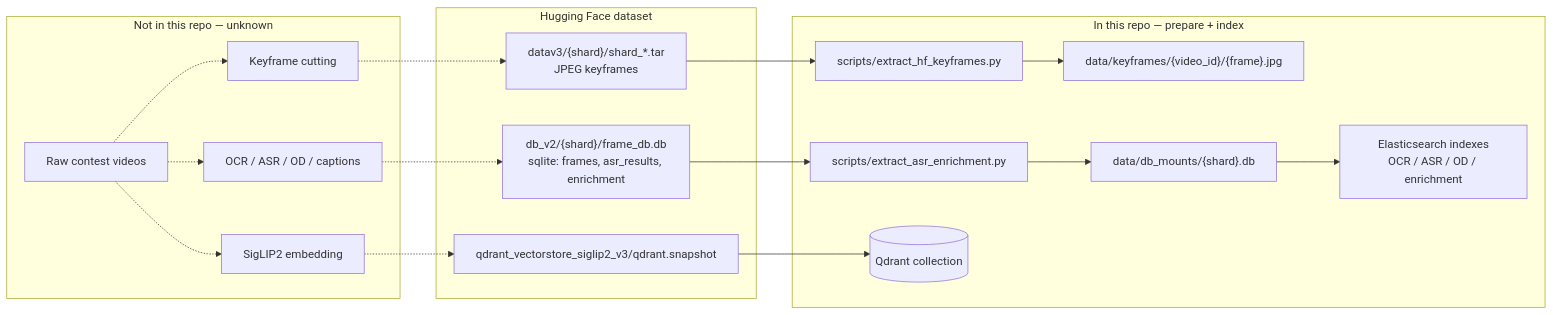
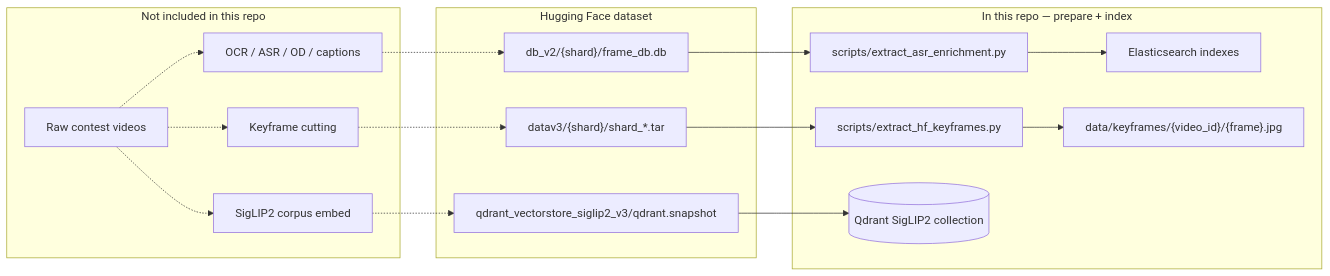
Before and after one commit to dinhthienan33/AIC-Mentos: the second of 2 diagrams in docs/offline-pipeline.md, drawn with Mermaid. The commit also changed other lines of this file and 6 other files, not shown here.

````diff
--- a/docs/offline-pipeline.md
+++ b/docs/offline-pipeline.md
@@ -18,31 +86,30 @@
 ```mermaid
 flowchart LR
-    subgraph unknown["Not in this repo — unknown"]
+    subgraph notIncluded["Not included in this repo"]
         V[Raw contest videos]
         CUT[Keyframe cutting]
-        EMB[SigLIP2 embedding]
+        SIG[SigLIP2 corpus embed]
         ENR[OCR / ASR / OD / captions]
     end
 
     subgraph hf["Hugging Face dataset"]
-        TAR["datav3/{shard}/shard_*.tar<br/>JPEG keyframes"]
-        DB["db_v2/{shard}/frame_db.db<br/>sqlite: frames, asr_results, enrichment"]
+        TAR["datav3/{shard}/shard_*.tar"]
+        DB["db_v2/{shard}/frame_db.db"]
         SNAP["qdrant_vectorstore_siglip2_v3/qdrant.snapshot"]
     end
 
     subgraph local["In this repo — prepare + index"]
         EX1["scripts/extract_hf_keyframes.py"]
         EX2["scripts/extract_asr_enrichment.py"]
-        ES["Elasticsearch indexes<br/>OCR / ASR / OD / enrichment"]
-        QDR[(Qdrant collection)]
+        ES["Elasticsearch indexes"]
+        QDR[(Qdrant SigLIP2 collection)]
         JPG["data/keyframes/{video_id}/{frame}.jpg"]
-        SLIM["data/db_mounts/{shard}.db"]
     end
 
     V -.-> CUT -.-> TAR
-    V -.-> EMB -.-> SNAP
+    V -.-> SIG -.-> SNAP
     V -.-> ENR -.-> DB
     TAR --> EX1 --> JPG
-    DB --> EX2 --> SLIM --> ES
+    DB --> EX2 --> ES
     SNAP --> QDR
 ```
````
